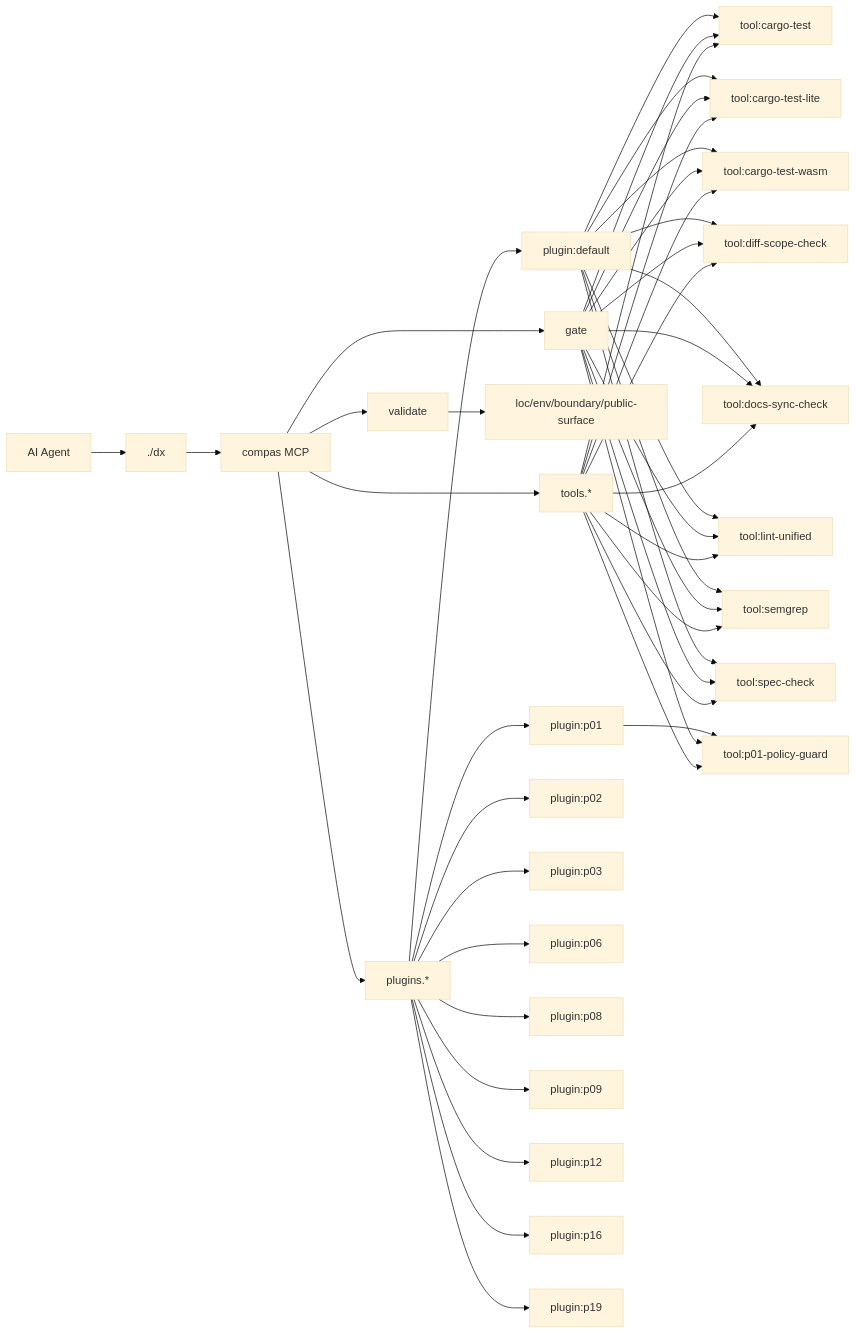
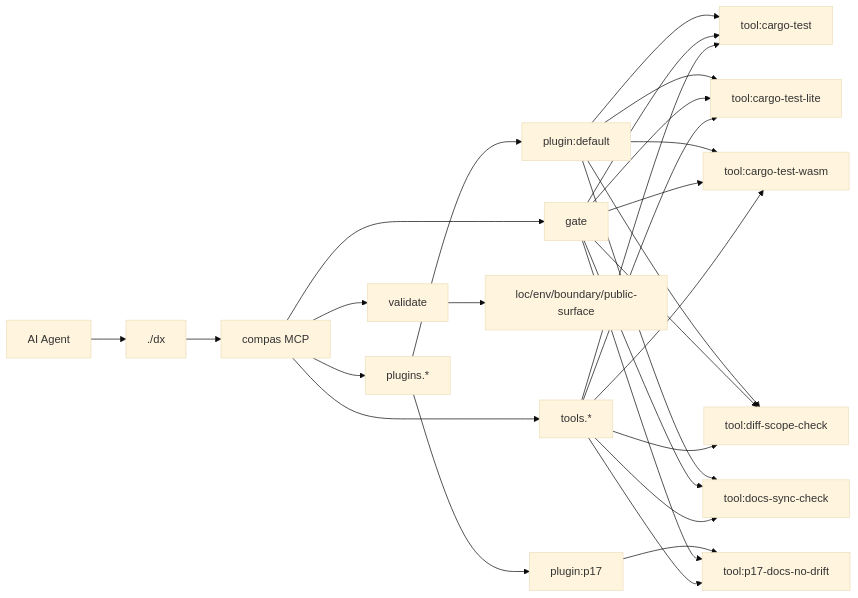
One commit to AmirTlinov/compas changed the diagram in AGENTS.md. Above: the diagram before and after it, drawn with Mermaid (base theme). The commit also changed other lines of this file and 4 other files, not shown here.

Commit message:
feat(p17): add docs no-drift plugin and gate wiring

````diff
--- a/AGENTS.md
+++ b/AGENTS.md
@@ -64,47 +53,30 @@
 ```mermaid
 flowchart LR
   Agent[AI Agent] --> DX[./dx]
   DX --> MCP[compas MCP]
   MCP --> V[validate]
   MCP --> G[gate]
   MCP --> PL[plugins.*]
   MCP --> TL[tools.*]
   V --> C1[loc/env/boundary/public-surface]
   PL --> P_default["plugin:default"]
   P_default --> T_cargo_test["tool:cargo-test"]
   G --> T_cargo_test
   P_default --> T_cargo_test_lite["tool:cargo-test-lite"]
   G --> T_cargo_test_lite
   P_default --> T_cargo_test_wasm["tool:cargo-test-wasm"]
   G --> T_cargo_test_wasm
   P_default --> T_diff_scope_check["tool:diff-scope-check"]
   G --> T_diff_scope_check
   P_default --> T_docs_sync_check["tool:docs-sync-check"]
   G --> T_docs_sync_check
-  P_default --> T_lint_unified["tool:lint-unified"]
-  G --> T_lint_unified
-  P_default --> T_semgrep["tool:semgrep"]
-  G --> T_semgrep
-  P_default --> T_spec_check["tool:spec-check"]
-  G --> T_spec_check
-  PL --> P_p01["plugin:p01"]
-  P_p01 --> T_p01_policy_guard["tool:p01-policy-guard"]
-  G --> T_p01_policy_guard
-  PL --> P_p02["plugin:p02"]
-  PL --> P_p03["plugin:p03"]
-  PL --> P_p06["plugin:p06"]
-  PL --> P_p08["plugin:p08"]
-  PL --> P_p09["plugin:p09"]
-  PL --> P_p12["plugin:p12"]
-  PL --> P_p16["plugin:p16"]
-  PL --> P_p19["plugin:p19"]
+  PL --> P_p17["plugin:p17"]
+  P_p17 --> T_p17_docs_no_drift["tool:p17-docs-no-drift"]
+  G --> T_p17_docs_no_drift
   TL --> T_cargo_test
   TL --> T_cargo_test_lite
   TL --> T_cargo_test_wasm
   TL --> T_diff_scope_check
   TL --> T_docs_sync_check
-  TL --> T_lint_unified
-  TL --> T_p01_policy_guard
-  TL --> T_semgrep
-  TL --> T_spec_check
+  TL --> T_p17_docs_no_drift
 ```
````
